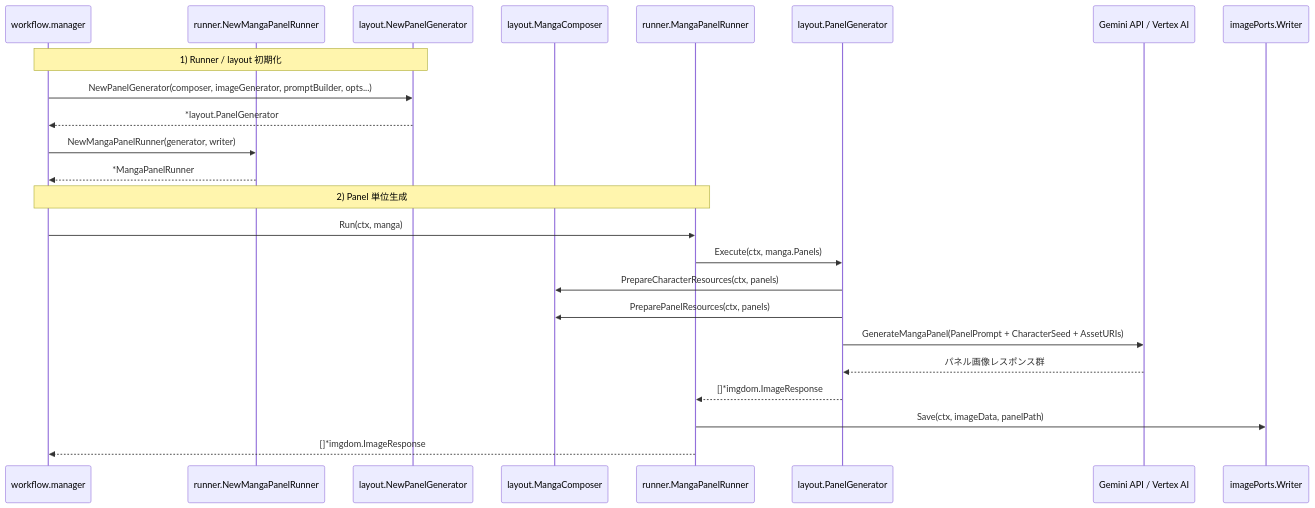
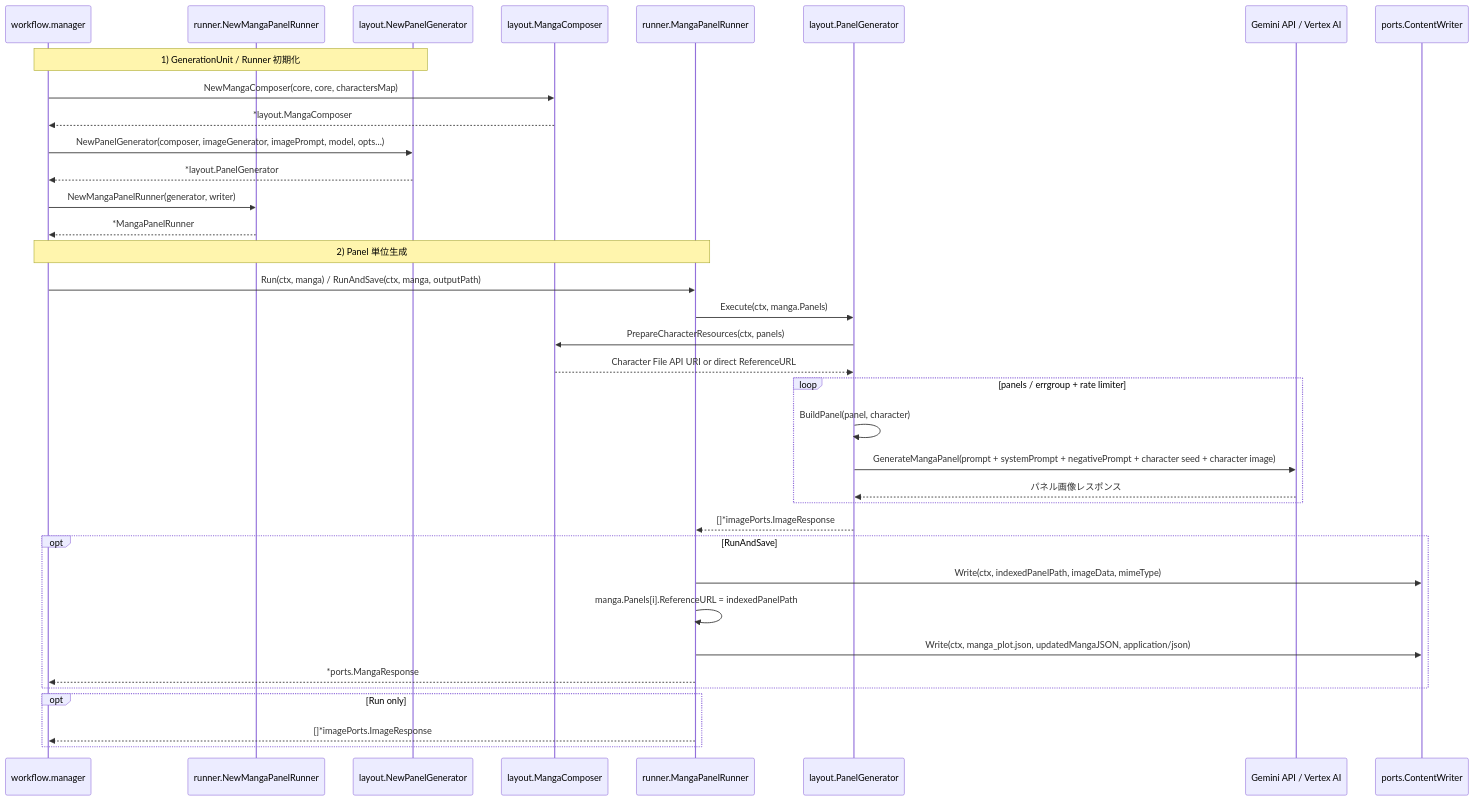
Before and after one commit to shouni/go-manga-kit: the first of 2 diagrams in README.md, drawn with Mermaid. The commit also changed other lines of this file and 1 other file, not shown here.

Commit message:
Refactor: Update sequence diagrams in README for consistency, refine methods for `RunAndSave`, and add null-check validation for `MangaResponse` in `MangaPanelRunner.Run`

````diff
--- a/README.md
+++ b/README.md
@@ -69,29 +69,45 @@
 ```mermaid
 sequenceDiagram
   participant WF as workflow.manager
-  participant PrFactory as runner.NewMangaPanelRunner
+  participant PFactory as runner.NewMangaPanelRunner
   participant LPanel as layout.NewPanelGenerator
   participant Composer as layout.MangaComposer
   participant PanelRunner as runner.MangaPanelRunner
   participant PanelGen as layout.PanelGenerator
   participant API as Gemini API / Vertex AI
-  participant Writer as imagePorts.Writer
+  participant Writer as ports.ContentWriter
 
-  Note over WF,LPanel: 1) Runner / layout 初期化
-  WF->>LPanel: NewPanelGenerator(composer, imageGenerator, promptBuilder, opts...)
+  Note over WF,LPanel: 1) GenerationUnit / Runner 初期化
+  WF->>Composer: NewMangaComposer(core, core, charactersMap)
+  Composer-->>WF: *layout.MangaComposer
+  WF->>LPanel: NewPanelGenerator(composer, imageGenerator, imagePrompt, model, opts...)
   LPanel-->>WF: *layout.PanelGenerator
-  WF->>PrFactory: NewMangaPanelRunner(generator, writer)
-  PrFactory-->>WF: *MangaPanelRunner
+  WF->>PFactory: NewMangaPanelRunner(generator, writer)
+  PFactory-->>WF: *MangaPanelRunner
 
   Note over WF,PanelRunner: 2) Panel 単位生成
-  WF->>PanelRunner: Run(ctx, manga)
+  WF->>PanelRunner: Run(ctx, manga) / RunAndSave(ctx, manga, outputPath)
   PanelRunner->>PanelGen: Execute(ctx, manga.Panels)
   PanelGen->>Composer: PrepareCharacterResources(ctx, panels)
-  PanelGen->>Composer: PreparePanelResources(ctx, panels)
-  PanelGen->>API: GenerateMangaPanel(PanelPrompt + CharacterSeed + AssetURIs)
-  API-->>PanelGen: パネル画像レスポンス群
-  PanelGen-->>PanelRunner: []*imgdom.ImageResponse
-  PanelRunner->>Writer: Save(ctx, imageData, panelPath)
-  PanelRunner-->>WF: []*imgdom.ImageResponse
+  Composer-->>PanelGen: Character File API URI or direct ReferenceURL
+
+  loop panels / errgroup + rate limiter
+    PanelGen->>PanelGen: BuildPanel(panel, character)
+    PanelGen->>API: GenerateMangaPanel(prompt + systemPrompt + negativePrompt + character seed + character image)
+    API-->>PanelGen: パネル画像レスポンス
+  end
+
+  PanelGen-->>PanelRunner: []*imagePorts.ImageResponse
+
+  opt RunAndSave
+    PanelRunner->>Writer: Write(ctx, indexedPanelPath, imageData, mimeType)
+    PanelRunner->>PanelRunner: manga.Panels[i].ReferenceURL = indexedPanelPath
+    PanelRunner->>Writer: Write(ctx, manga_plot.json, updatedMangaJSON, application/json)
+    PanelRunner-->>WF: *ports.MangaResponse
+  end
+
+  opt Run only
+    PanelRunner-->>WF: []*imagePorts.ImageResponse
+  end
 
 ```
````
